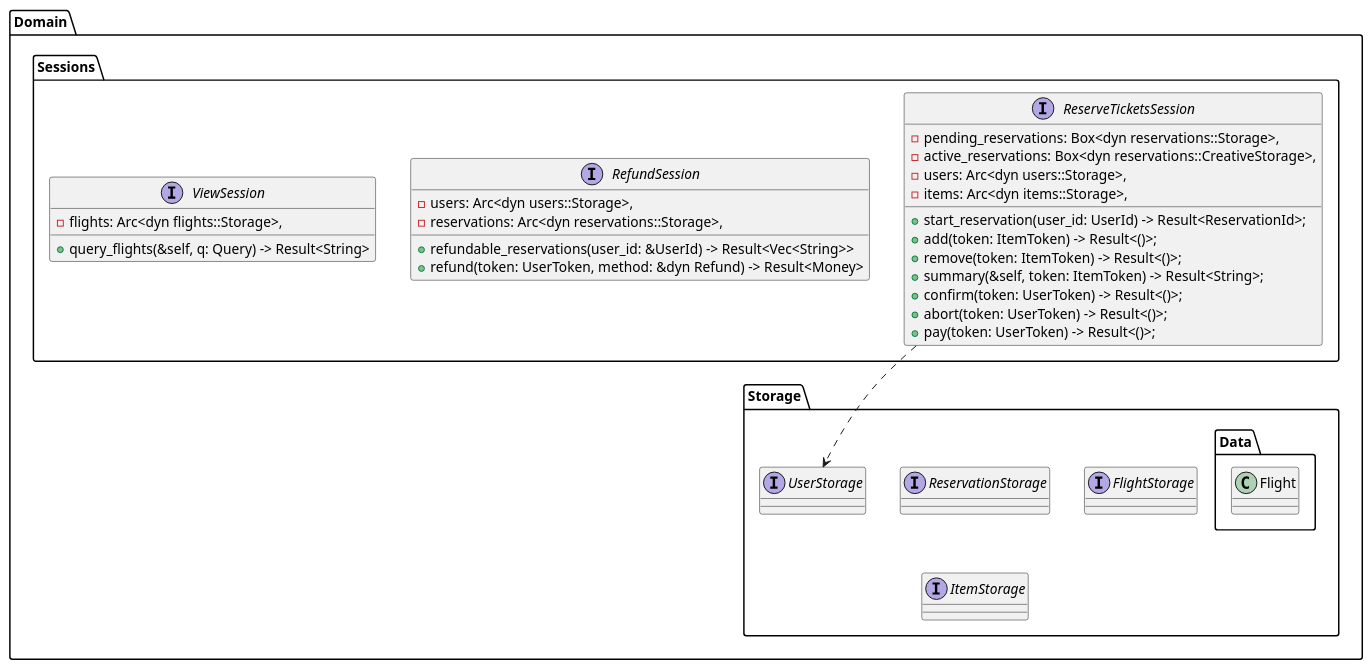
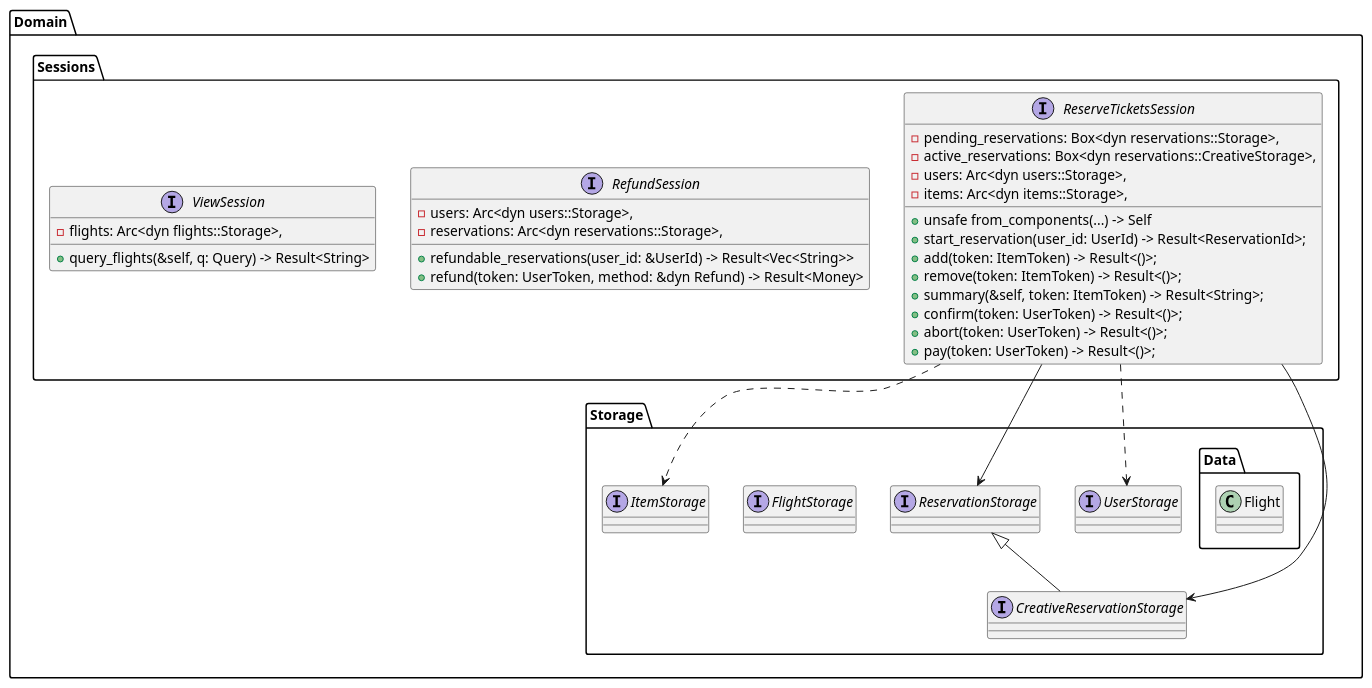
The diagram in doc/design/dcd.puml (Deuchier/flight_manager_V1), drawn with PlantUML before and after one commit. The commit also changed 6 other files, not shown here.

```diff
--- a/doc/design/dcd.puml
+++ b/doc/design/dcd.puml
@@ -1,52 +1,60 @@
 @startuml
 
 package Domain {
     package Sessions {
         interface ReserveTicketsSession {
             -pending_reservations: Box<dyn reservations::Storage>,
             -active_reservations: Box<dyn reservations::CreativeStorage>,
             -users: Arc<dyn users::Storage>,
             -items: Arc<dyn items::Storage>,
+            +unsafe from_components(...) -> Self
             +start_reservation(user_id: UserId) -> Result<ReservationId>;
             +add(token: ItemToken) -> Result<()>;
             +remove(token: ItemToken) -> Result<()>;
             +summary(&self, token: ItemToken) -> Result<String>;
             +confirm(token: UserToken) -> Result<()>;
             +abort(token: UserToken) -> Result<()>;
             +pay(token: UserToken) -> Result<()>;
         }
         
         interface RefundSession {
             -users: Arc<dyn users::Storage>,
             -reservations: Arc<dyn reservations::Storage>,
             +refundable_reservations(user_id: &UserId) -> Result<Vec<String>>
             +refund(token: UserToken, method: &dyn Refund) -> Result<Money>
         }
 
         interface ViewSession {
             -flights: Arc<dyn flights::Storage>,
             +query_flights(&self, q: Query) -> Result<String>
         }
     }
 
     package Storage {
         interface UserStorage {
 
         }
 
+
         interface ReservationStorage
+        interface CreativeReservationStorage
         interface FlightStorage
         interface ItemStorage
 
 
         package Data {
             class Flight
         }
 
-
+        ReservationStorage <|-- CreativeReservationStorage
     }
 
+
+    ReserveTicketsSession --> ReservationStorage
+    ReserveTicketsSession --> CreativeReservationStorage
     ReserveTicketsSession ..> UserStorage
+    ReserveTicketsSession ..> ItemStorage
+
 }
 
 @enduml
```
